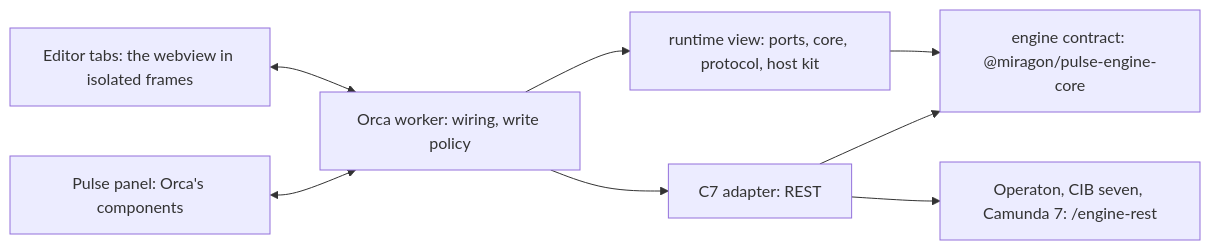
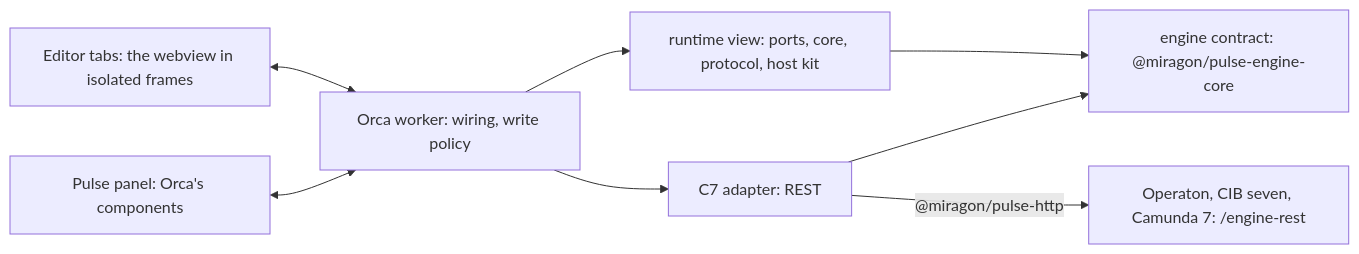
The diagram in docs/orca/architecture.md (Miragon/pulse), drawn with Mermaid before and after one commit. The commit also changed 52 other files, not shown here.

````diff
--- a/docs/orca/architecture.md
+++ b/docs/orca/architecture.md
@@ -6,10 +6,10 @@
 ```mermaid
 flowchart LR
   frames["Editor tabs: the webview in isolated frames"] <--> worker["Orca worker: wiring, write policy"]
   panel["Pulse panel: Orca's components"] <--> worker
   worker --> view["runtime view: ports, core, protocol, host kit"]
   view --> contract["engine contract: @miragon/pulse-engine-core"]
   worker --> adapter["C7 adapter: REST"]
   adapter --> contract
-  adapter --> engines["Operaton, CIB seven, Camunda 7: /engine-rest"]
+  adapter -- "@miragon/pulse-http" --> engines["Operaton, CIB seven, Camunda 7: /engine-rest"]
 ```
````
